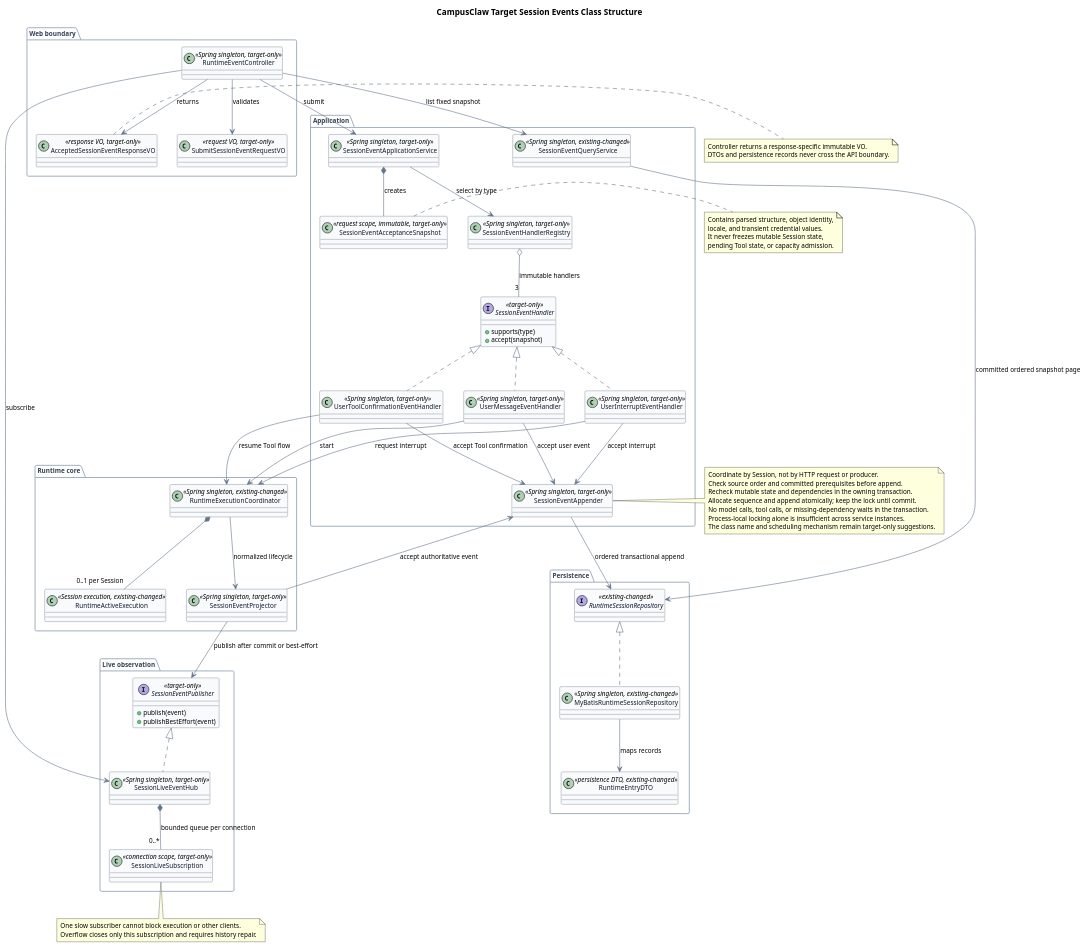
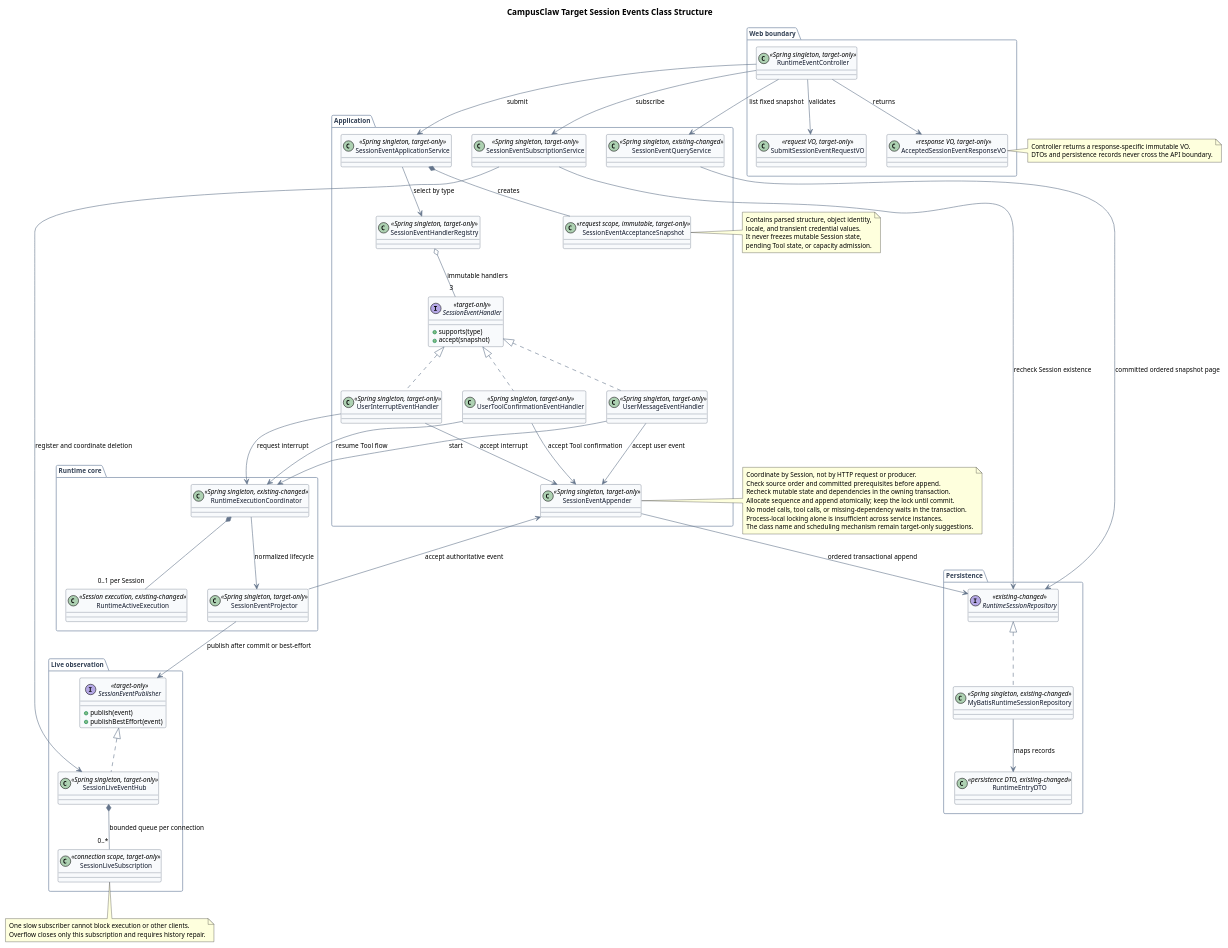
The second of 3 diagrams in 01-总体架构/01-CampusClaw多Agent运行时/设计图/事件接口重设计/diagram.puml (ssm0808/pi-mono-java-design), drawn with PlantUML before and after one commit. The commit also changed other lines of this file and 12 other files, not shown here.

```diff
--- a/01-总体架构/01-CampusClaw多Agent运行时/设计图/事件接口重设计/diagram.puml
+++ b/01-总体架构/01-CampusClaw多Agent运行时/设计图/事件接口重设计/diagram.puml
@@ -128,151 +128,154 @@
 @startuml target_session_events_classes
 title CampusClaw Target Session Events Class Structure
 
 ' Source evidence (pi-mono-java c9d858bc8261bf07f5585f545b53495bf2226a56):
 ' modules/coding-agent-cli/src/main/java/com/campusclaw/codingagent/runtimeapi/web/RuntimeEventController.java,
 ' RuntimeEventController.submit and RuntimeEventController.list, lines 39-91.
 ' modules/coding-agent-cli/src/main/java/com/campusclaw/codingagent/runtimeapi/event/RuntimeEventService.java,
 ' RuntimeEventService.submit and RuntimeEventService.prepareAndSubmit, lines 76-118.
 ' modules/coding-agent-cli/src/main/java/com/campusclaw/codingagent/runtimeapi/event/RuntimeEventStream.java,
 ' RuntimeEventStream.attach, lines 93-100.
 ' modules/coding-agent-cli/src/main/java/com/campusclaw/codingagent/runtimeapi/session/RuntimeSessionControlService.java,
 ' steer, followUp, abort, and prepareAbort, lines 59-132.
 ' modules/coding-agent-cli/src/main/java/com/campusclaw/codingagent/runtimeapi/persistence/MyBatisRuntimeSessionRepository.java,
 ' acceptUserEvent and listCurrentBranch, lines 57-120.
 ' Observed behavior: current write, query, execution control, and one-subscriber
 ' streaming responsibilities are split across the cited classes but remain tied
 ' to one execution-scoped RuntimeEventStream returned by POST.
 ' Target-only design: all classes and relationships below are target-only unless
 ' a class is explicitly marked existing-changed.
 ' Architecture change: event-type strategies replace a central type branch, and
 ' SessionLiveEventHub replaces RuntimeEventStream as the HTTP observation boundary.
 ' Design reason: isolate request validation, mutable admission, execution lifetime,
 ' per-connection backpressure, persistence, and public projection responsibilities.
 ' Supplemental evidence (pi-mono-java a8192e047f4061bd385297d3dc6c4358362d0d49):
 ' campusclaw/src/main/java/com/huawei/hicampus/claw/codingagent/runtimeapi/event/RuntimeEventProjector.java,
 ' onEvent and persistAssistant, lines 105-116 and 238-254.
 ' campusclaw/src/main/java/com/huawei/hicampus/claw/codingagent/runtimeapi/persistence/MyBatisRuntimeSessionRepository.java,
 ' appendEntry and appendLocked, lines 76-87 and 208-218.
 ' Observed behavior: synchronized callbacks and transactional append, unchanged
 ' from c9d858bc8261bf07f5585f545b53495bf2226a56 for these files.
 ' Target-only architecture change: all authoritative writers share Session ordering.
 ' Design reason: prevent a dependent result from winning a race to the DB lock.
 
 skinparam backgroundColor #FFFFFF
 skinparam shadowing false
 skinparam defaultFontName Arial
 skinparam defaultFontSize 11
 skinparam class {
   BackgroundColor #F8FAFC
   BorderColor #475569
   FontColor #0F172A
   ArrowColor #64748B
 }
 skinparam package {
   BorderColor #94A3B8
   FontColor #334155
 }
 
 top to bottom direction
 
 package "Web boundary" {
   class RuntimeEventController <<Spring singleton, target-only>>
   class SubmitSessionEventRequestVO <<request VO, target-only>>
   class AcceptedSessionEventResponseVO <<response VO, target-only>>
 }
 
 package "Application" {
   class SessionEventApplicationService <<Spring singleton, target-only>>
   class SessionEventHandlerRegistry <<Spring singleton, target-only>>
   interface SessionEventHandler <<target-only>> {
     +supports(type)
     +accept(snapshot)
   }
   class UserMessageEventHandler <<Spring singleton, target-only>>
   class UserInterruptEventHandler <<Spring singleton, target-only>>
   class UserToolConfirmationEventHandler <<Spring singleton, target-only>>
   class SessionEventAcceptanceSnapshot <<request scope, immutable, target-only>>
   class SessionEventAppender <<Spring singleton, target-only>>
   class SessionEventQueryService <<Spring singleton, existing-changed>>
+  class SessionEventSubscriptionService <<Spring singleton, target-only>>
 }
 
 package "Runtime core" {
   class RuntimeExecutionCoordinator <<Spring singleton, existing-changed>>
   class RuntimeActiveExecution <<Session execution, existing-changed>>
   class SessionEventProjector <<Spring singleton, target-only>>
 }
 
 package "Live observation" {
   interface SessionEventPublisher <<target-only>> {
     +publish(event)
     +publishBestEffort(event)
   }
   class SessionLiveEventHub <<Spring singleton, target-only>>
   class SessionLiveSubscription <<connection scope, target-only>>
 }
 
 package "Persistence" {
   interface RuntimeSessionRepository <<existing-changed>>
   class MyBatisRuntimeSessionRepository <<Spring singleton, existing-changed>>
   class RuntimeEntryDTO <<persistence DTO, existing-changed>>
 }
 
 RuntimeEventController --> SubmitSessionEventRequestVO : validates
 RuntimeEventController --> SessionEventApplicationService : submit
 RuntimeEventController --> AcceptedSessionEventResponseVO : returns
-RuntimeEventController --> SessionLiveEventHub : subscribe
+RuntimeEventController --> SessionEventSubscriptionService : subscribe
+SessionEventSubscriptionService --> RuntimeSessionRepository : recheck Session existence
+SessionEventSubscriptionService --> SessionLiveEventHub : register and coordinate deletion
 RuntimeEventController --> SessionEventQueryService : list fixed snapshot
 
 SessionEventApplicationService *-- SessionEventAcceptanceSnapshot : creates
 SessionEventApplicationService --> SessionEventHandlerRegistry : select by type
 SessionEventHandlerRegistry o-- "3" SessionEventHandler : immutable handlers
 SessionEventHandler <|.. UserMessageEventHandler
 SessionEventHandler <|.. UserInterruptEventHandler
 SessionEventHandler <|.. UserToolConfirmationEventHandler
 
 UserMessageEventHandler --> SessionEventAppender : accept user event
 UserMessageEventHandler --> RuntimeExecutionCoordinator : start
 UserInterruptEventHandler --> SessionEventAppender : accept interrupt
 UserInterruptEventHandler --> RuntimeExecutionCoordinator : request interrupt
 UserToolConfirmationEventHandler --> SessionEventAppender : accept Tool confirmation
 UserToolConfirmationEventHandler --> RuntimeExecutionCoordinator : resume Tool flow
 
 RuntimeExecutionCoordinator *-- "0..1 per Session" RuntimeActiveExecution
 RuntimeExecutionCoordinator --> SessionEventProjector : normalized lifecycle
 SessionEventProjector --> SessionEventAppender : accept authoritative event
 SessionEventAppender --> RuntimeSessionRepository : ordered transactional append
 SessionEventProjector --> SessionEventPublisher : publish after commit or best-effort
 SessionEventPublisher <|.. SessionLiveEventHub
 SessionLiveEventHub *-- "0..*" SessionLiveSubscription : bounded queue per connection
 
 SessionEventQueryService --> RuntimeSessionRepository : committed ordered snapshot page
 RuntimeSessionRepository <|.. MyBatisRuntimeSessionRepository
 MyBatisRuntimeSessionRepository --> RuntimeEntryDTO : maps records
 
 note right of SessionEventAcceptanceSnapshot
 Contains parsed structure, object identity,
 locale, and transient credential values.
 It never freezes mutable Session state,
 pending Tool state, or capacity admission.
 end note
 
 note right of AcceptedSessionEventResponseVO
 Controller returns a response-specific immutable VO.
 DTOs and persistence records never cross the API boundary.
 end note
 
 note right of SessionEventAppender
 Coordinate by Session, not by HTTP request or producer.
 Check source order and committed prerequisites before append.
 Recheck mutable state and dependencies in the owning transaction.
 Allocate sequence and append atomically; keep the lock until commit.
 No model calls, tool calls, or missing-dependency waits in the transaction.
 Process-local locking alone is insufficient across service instances.
 The class name and scheduling mechanism remain target-only suggestions.
 end note
 
 note bottom of SessionLiveSubscription
 One slow subscriber cannot block execution or other clients.
 Overflow closes only this subscription and requires history repair.
 end note
 @enduml
```
